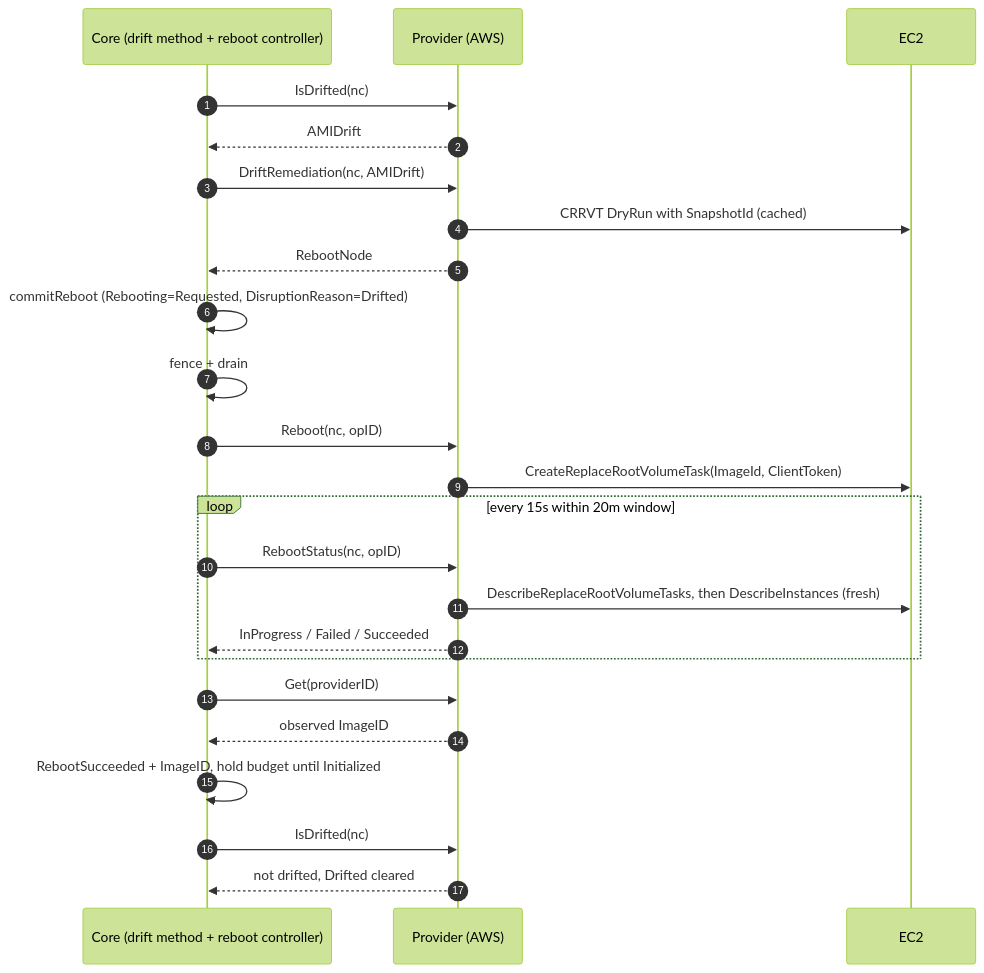
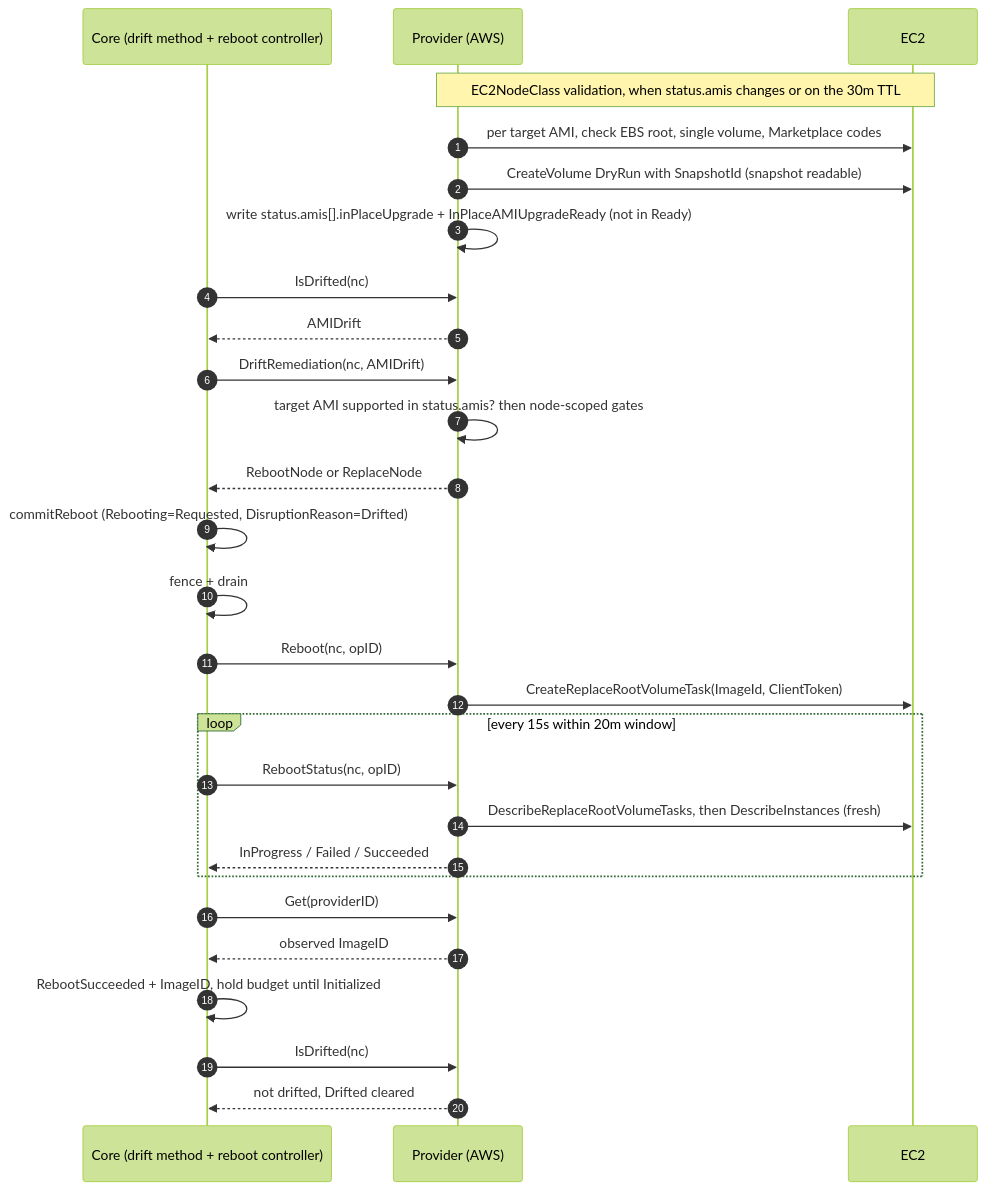
Before and after one commit to aws/karpenter-provider-aws: the diagram in designs/in-place-ami-upgrade-sequence.md, drawn with Mermaid (forest theme). The commit also changed other lines of this file, not shown here.

Commit message:
docs: move image-scoped gates into EC2NodeClass validation

````diff
--- a/designs/in-place-ami-upgrade-sequence.md
+++ b/designs/in-place-ami-upgrade-sequence.md
@@ -3,26 +3,30 @@
 ```mermaid
 sequenceDiagram
     autonumber
     participant Core as Core (drift method + reboot controller)
     participant CP as Provider (AWS)
     participant EC2
+    Note over CP,EC2: EC2NodeClass validation, when status.amis changes or on the 30m TTL
+    CP->>EC2: per target AMI, check EBS root, single volume, Marketplace codes
+    CP->>EC2: CreateVolume DryRun with SnapshotId (snapshot readable)
+    CP->>CP: write status.amis[].inPlaceUpgrade + InPlaceAMIUpgradeReady (not in Ready)
     Core->>CP: IsDrifted(nc)
     CP-->>Core: AMIDrift
     Core->>CP: DriftRemediation(nc, AMIDrift)
-    CP->>EC2: CRRVT DryRun with SnapshotId (cached)
-    CP-->>Core: RebootNode
+    CP->>CP: target AMI supported in status.amis? then node-scoped gates
+    CP-->>Core: RebootNode or ReplaceNode
     Core->>Core: commitReboot (Rebooting=Requested, DisruptionReason=Drifted)
     Core->>Core: fence + drain
     Core->>CP: Reboot(nc, opID)
     CP->>EC2: CreateReplaceRootVolumeTask(ImageId, ClientToken)
     loop every 15s within 20m window
         Core->>CP: RebootStatus(nc, opID)
         CP->>EC2: DescribeReplaceRootVolumeTasks, then DescribeInstances (fresh)
         CP-->>Core: InProgress / Failed / Succeeded
     end
     Core->>CP: Get(providerID)
     CP-->>Core: observed ImageID
     Core->>Core: RebootSucceeded + ImageID, hold budget until Initialized
     Core->>CP: IsDrifted(nc)
     CP-->>Core: not drifted, Drifted cleared
 ```
````
